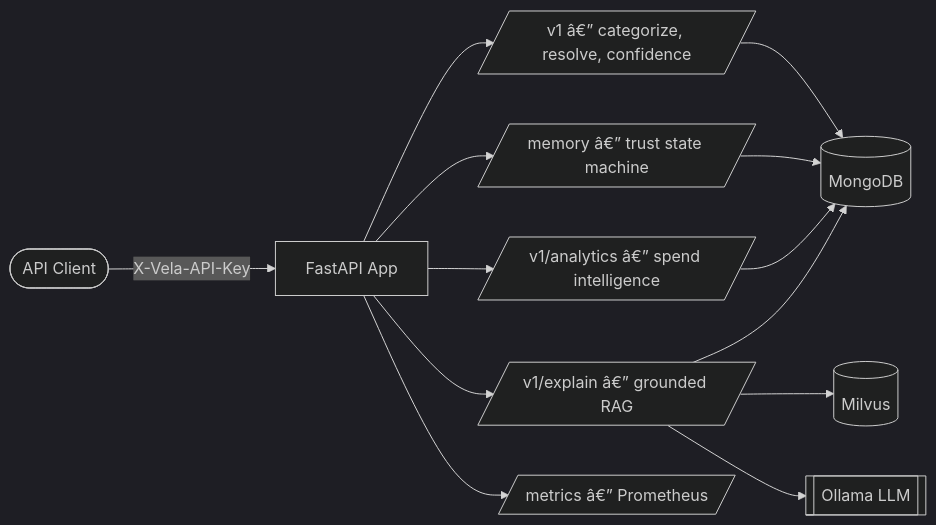
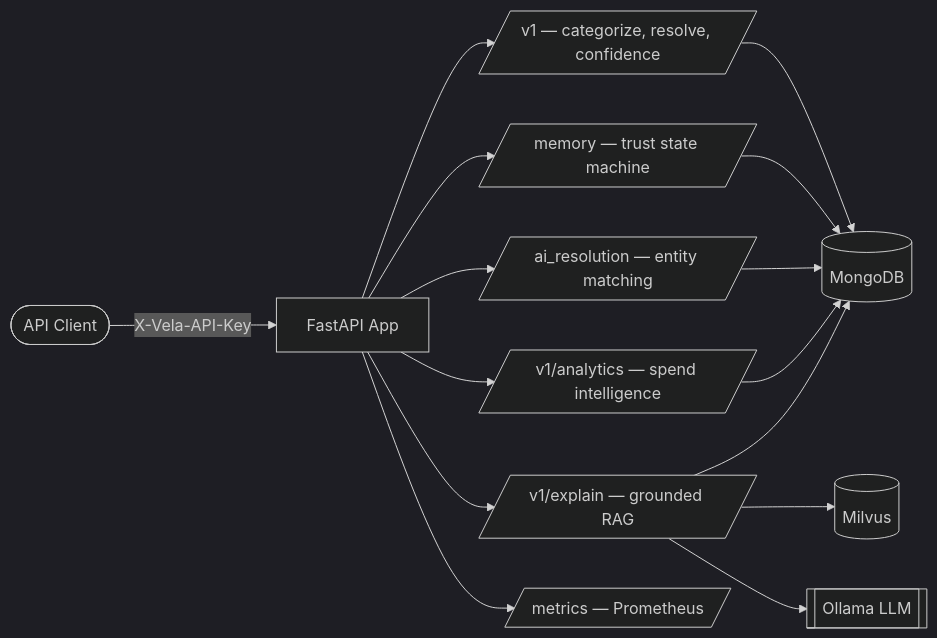
One commit to lokeshramchand-ctrl/Vela changed the first of 2 diagrams in README.md. Above: the diagram before and after it, drawn with Mermaid (dark theme). The commit also changed other lines of this file and 133 other files, not shown here.

````diff
--- a/README.md
+++ b/README.md
@@ -67,15 +57,17 @@
 ```mermaid
 flowchart LR
     Client([API Client]) -->|X-Vela-API-Key| API[FastAPI App]
-    API --> V1[/v1 â€” categorize, resolve, confidence/]
-    API --> MEM[/memory â€” trust state machine/]
-    API --> ANA[/v1/analytics â€” spend intelligence/]
-    API --> RAG[/v1/explain â€” grounded RAG/]
+    API --> V1[/v1 — categorize, resolve, confidence/]
+    API --> MEM[/memory — trust state machine/]
+    API --> AI[/ai_resolution — entity matching/]
+    API --> ANA[/v1/analytics — spend intelligence/]
+    API --> RAG[/v1/explain — grounded RAG/]
     V1 --> Mongo[(MongoDB)]
     MEM --> Mongo
+    AI --> Mongo
     ANA --> Mongo
     RAG --> Mongo
     RAG --> Milvus[(Milvus)]
     RAG --> Ollama[[Ollama LLM]]
-    API --> Prom[/metrics â€” Prometheus/]
+    API --> Prom[/metrics — Prometheus/]
 ```
````
